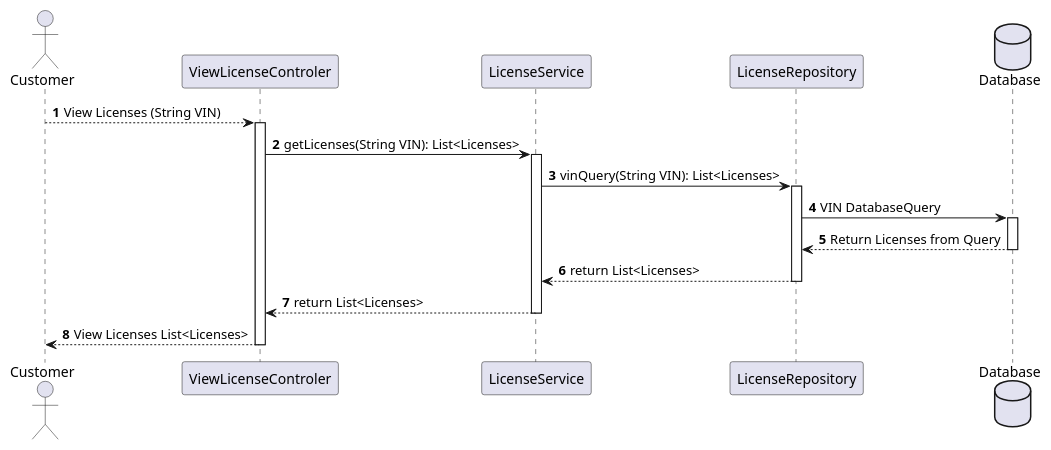
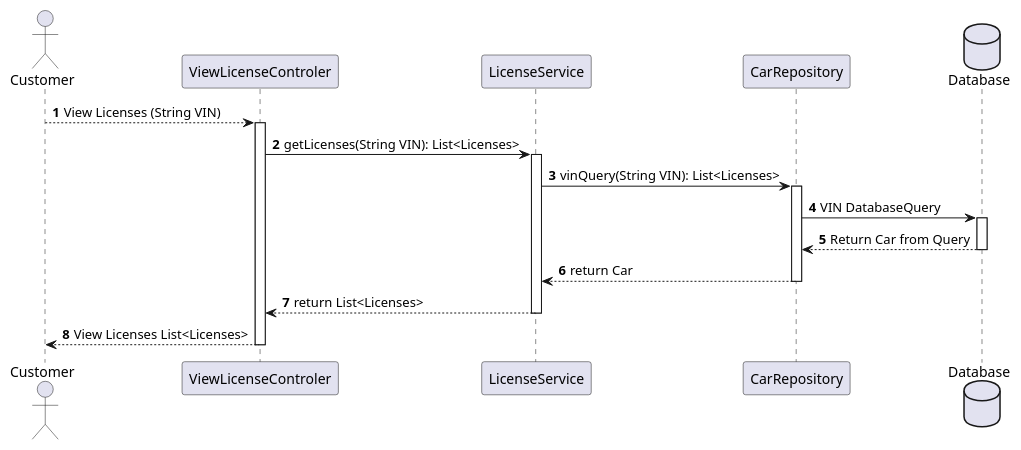
One commit to ljbg1996/car-backend changed the diagram in SequenceViewActiveLicense_1.puml. Above: the diagram before and after it, drawn with PlantUML.

Commit message:
View License Sequence Morning Push

```diff
--- a/SequenceViewActiveLicense_1.puml
+++ b/SequenceViewActiveLicense_1.puml
@@ -1,29 +1,29 @@
 @startuml
 'https://plantuml.com/sequence-diagram
 
 autonumber
 
 Actor Customer as c
 Participant ViewLicenseControler as vlc
 Participant LicenseService as ls
-Participant LicenseRepository as lr
+Participant CarRepository as cr
 database Database as db
 
 c --->vlc:View Licenses (String VIN)
 activate vlc
 vlc -> ls:getLicenses(String VIN): List<Licenses>
 activate ls
-ls -> lr: vinQuery(String VIN): List<Licenses>
-activate lr
-lr->db: VIN DatabaseQuery
+ls -> cr: vinQuery(String VIN): List<Licenses>
+activate cr
+cr->db: VIN DatabaseQuery
 activate db
-db-->lr: Return Licenses from Query
+db-->cr: Return Car from Query
 deactivate db
-lr-->ls: return List<Licenses>
-deactivate lr
+cr-->ls: return Car
+deactivate cr
 ls-->vlc: return List<Licenses>
 deactivate ls
 vlc-->c: View Licenses List<Licenses>
 deactivate vlc
 
 @enduml
```
